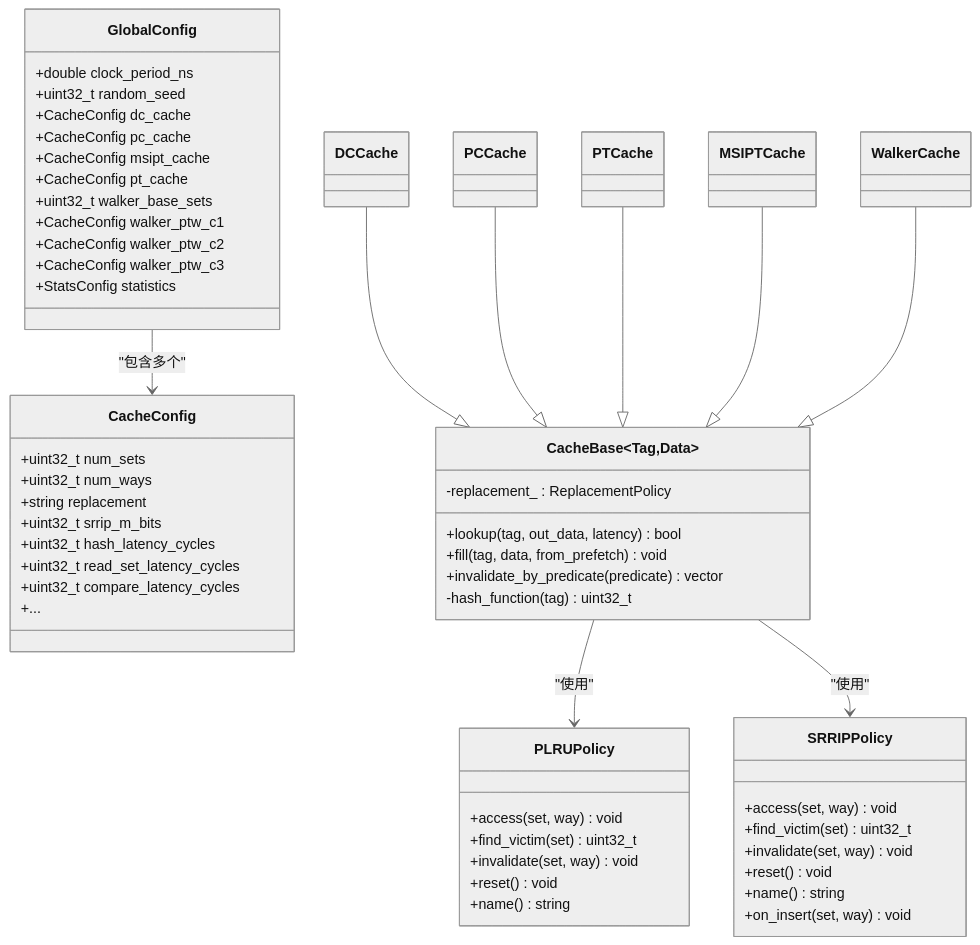
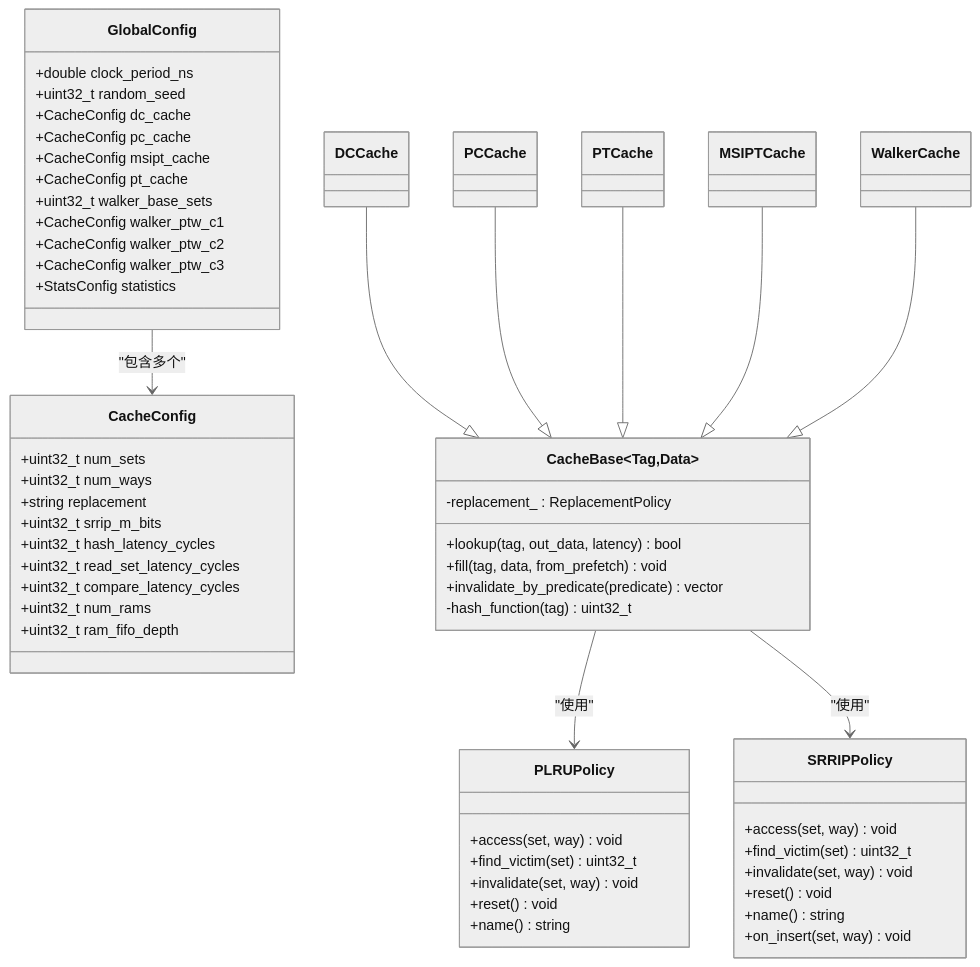
Before and after one commit to jiangjiang1122/iommu_model_20260401_v1: the fourth of 4 diagrams in .qoder/repowiki/zh/content/配置与参数/缓存配置.md, drawn with Mermaid (neutral theme). The commit also changed other lines of this file and 186 other files, not shown here.

````diff
--- a/.qoder/repowiki/zh/content/配置与参数/缓存配置.md
+++ b/.qoder/repowiki/zh/content/配置与参数/缓存配置.md
@@ -280,61 +324,62 @@
 ```mermaid
 classDiagram
 class GlobalConfig {
 +double clock_period_ns
 +uint32_t random_seed
 +CacheConfig dc_cache
 +CacheConfig pc_cache
 +CacheConfig msipt_cache
 +CacheConfig pt_cache
 +uint32_t walker_base_sets
 +CacheConfig walker_ptw_c1
 +CacheConfig walker_ptw_c2
 +CacheConfig walker_ptw_c3
 +StatsConfig statistics
 }
 class CacheConfig {
 +uint32_t num_sets
 +uint32_t num_ways
 +string replacement
 +uint32_t srrip_m_bits
 +uint32_t hash_latency_cycles
 +uint32_t read_set_latency_cycles
 +uint32_t compare_latency_cycles
-+...
++uint32_t num_rams
++uint32_t ram_fifo_depth
 }
 class CacheBase~Tag,Data~ {
 +lookup(tag, out_data, latency) bool
 +fill(tag, data, from_prefetch) void
 +invalidate_by_predicate(predicate) vector<Tag>
 -hash_function(tag) uint32_t
 -replacement_ : ReplacementPolicy
 }
 class PLRUPolicy {
 +access(set, way) void
 +find_victim(set) uint32_t
 +invalidate(set, way) void
 +reset() void
 +name() string
 }
 class SRRIPPolicy {
 +access(set, way) void
 +find_victim(set) uint32_t
 +invalidate(set, way) void
 +reset() void
 +name() string
 +on_insert(set, way) void
 }
 class DCCache
 class PCCache
 class PTCache
 class MSIPTCache
 class WalkerCache
 GlobalConfig --> CacheConfig : "包含多个"
 CacheBase --> PLRUPolicy : "使用"
 CacheBase --> SRRIPPolicy : "使用"
 DCCache --|> CacheBase
 PCCache --|> CacheBase
 PTCache --|> CacheBase
 MSIPTCache --|> CacheBase
 WalkerCache --|> CacheBase
 ```
````
